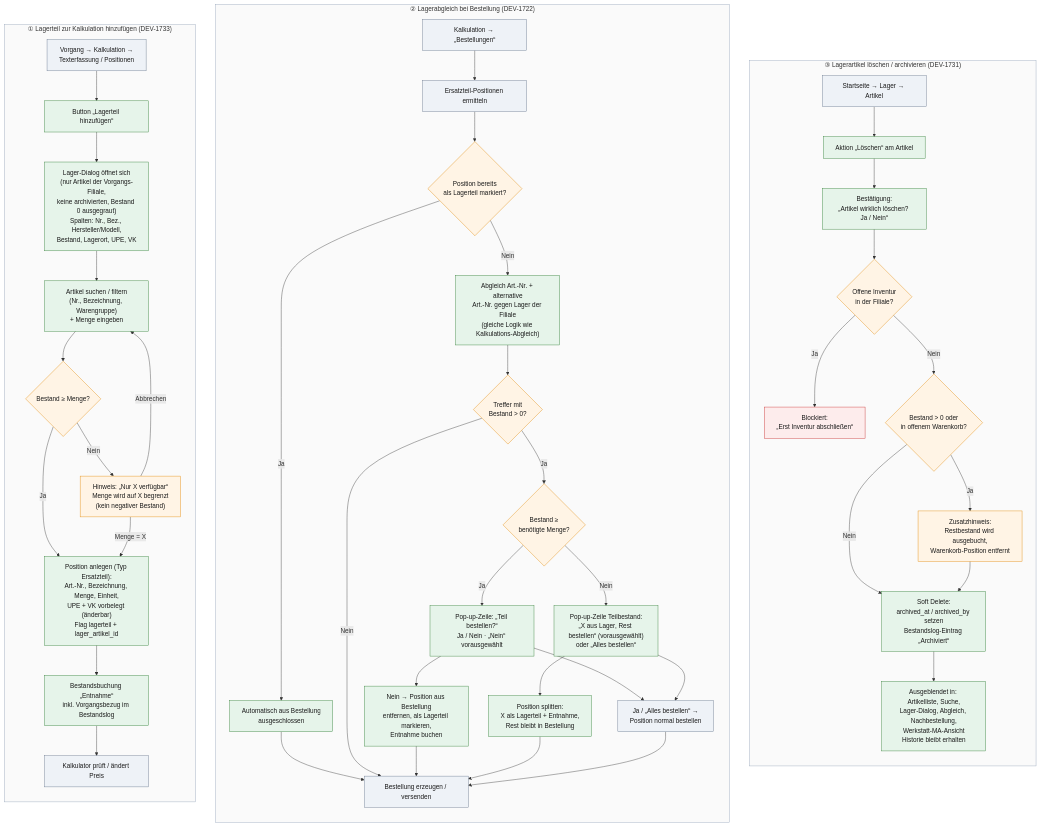
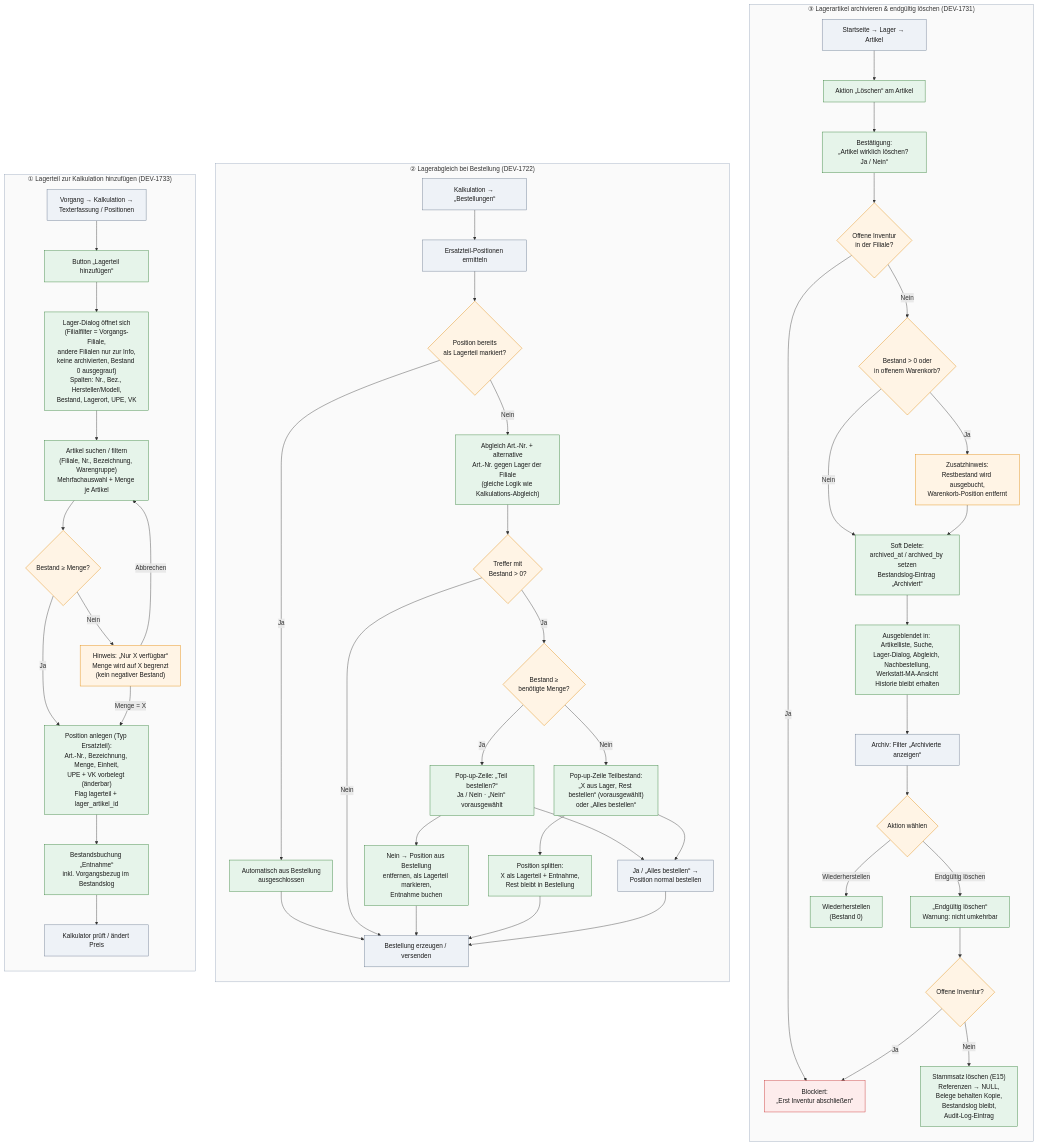
Before and after one commit to tb546/Enhancements-to-the-Lager-Modul-for-comprehensive-use.: the diagram in diagrams/lagermodul_prozessflow.mmd, drawn with Mermaid. The commit also changed 8 other files, not shown here.

```diff
--- a/diagrams/lagermodul_prozessflow.mmd
+++ b/diagrams/lagermodul_prozessflow.mmd
@@ -1,78 +1,88 @@
 flowchart LR
     classDef new fill:#E6F4EA,stroke:#2E7D32,color:#1B1B1B
     classDef decision fill:#FFF4E5,stroke:#E08600,color:#1B1B1B
     classDef existing fill:#EEF2F7,stroke:#64748B,color:#1B1B1B
     classDef stop fill:#FDECEC,stroke:#C62828,color:#1B1B1B
 
     subgraph A["① Lagerteil zur Kalkulation hinzufügen (DEV-1733)"]
         direction TB
         A1["Vorgang → Kalkulation →<br/>Texterfassung / Positionen"]:::existing
         A2["Button „Lagerteil hinzufügen“"]:::new
-        A3["Lager-Dialog öffnet sich<br/>(nur Artikel der Vorgangs-Filiale,<br/>keine archivierten, Bestand 0 ausgegraut)<br/>Spalten: Nr., Bez., Hersteller/Modell,<br/>Bestand, Lagerort, UPE, VK"]:::new
-        A4["Artikel suchen / filtern<br/>(Nr., Bezeichnung, Warengruppe)<br/>+ Menge eingeben"]:::new
+        A3["Lager-Dialog öffnet sich<br/>(Filialfilter = Vorgangs-Filiale,<br/>andere Filialen nur zur Info,<br/>keine archivierten, Bestand 0 ausgegraut)<br/>Spalten: Nr., Bez., Hersteller/Modell,<br/>Bestand, Lagerort, UPE, VK"]:::new
+        A4["Artikel suchen / filtern<br/>(Filiale, Nr., Bezeichnung, Warengruppe)<br/>Mehrfachauswahl + Menge je Artikel"]:::new
         A5{"Bestand ≥ Menge?"}:::decision
         A6["Hinweis: „Nur X verfügbar“<br/>Menge wird auf X begrenzt<br/>(kein negativer Bestand)"]:::decision
         A7["Position anlegen (Typ Ersatzteil):<br/>Art.-Nr., Bezeichnung, Menge, Einheit,<br/>UPE + VK vorbelegt (änderbar)<br/>Flag lagerteil + lager_artikel_id"]:::new
         A8["Bestandsbuchung „Entnahme“<br/>inkl. Vorgangsbezug im Bestandslog"]:::new
         A9["Kalkulator prüft / ändert Preis"]:::existing
         A1 --> A2 --> A3 --> A4 --> A5
         A5 -- Ja --> A7
         A5 -- Nein --> A6
         A6 -- "Menge = X" --> A7
         A6 -- Abbrechen --> A4
         A7 --> A8 --> A9
     end
 
     subgraph B["② Lagerabgleich bei Bestellung (DEV-1722)"]
         direction TB
         B1["Kalkulation → „Bestellungen“"]:::existing
         B2["Ersatzteil-Positionen ermitteln"]:::existing
         B3{"Position bereits<br/>als Lagerteil markiert?"}:::decision
         B4["Automatisch aus Bestellung<br/>ausgeschlossen"]:::new
         B5["Abgleich Art.-Nr. + alternative<br/>Art.-Nr. gegen Lager der Filiale<br/>(gleiche Logik wie Kalkulations-Abgleich)"]:::new
         B6{"Treffer mit<br/>Bestand > 0?"}:::decision
         B6b{"Bestand ≥<br/>benötigte Menge?"}:::decision
         B7["Pop-up-Zeile: „Teil bestellen?“<br/>Ja / Nein · „Nein“ vorausgewählt"]:::new
         B7b["Pop-up-Zeile Teilbestand:<br/>„X aus Lager, Rest bestellen“ (vorausgewählt)<br/>oder „Alles bestellen“"]:::new
         B8["Nein → Position aus Bestellung<br/>entfernen, als Lagerteil markieren,<br/>Entnahme buchen"]:::new
         B11["Position splitten:<br/>X als Lagerteil + Entnahme,<br/>Rest bleibt in Bestellung"]:::new
         B9["Ja / „Alles bestellen“ →<br/>Position normal bestellen"]:::existing
         B10["Bestellung erzeugen / versenden"]:::existing
         B1 --> B2 --> B3
         B3 -- Ja --> B4 --> B10
         B3 -- Nein --> B5 --> B6
         B6 -- Nein --> B10
         B6 -- Ja --> B6b
         B6b -- Ja --> B7
         B6b -- Nein --> B7b
         B7 --> B8 --> B10
         B7 --> B9
         B7b --> B11 --> B10
         B7b --> B9
         B9 --> B10
     end
 
-    subgraph C["③ Lagerartikel löschen / archivieren (DEV-1731)"]
+    subgraph C["③ Lagerartikel archivieren & endgültig löschen (DEV-1731)"]
         direction TB
         C1["Startseite → Lager → Artikel"]:::existing
         C2["Aktion „Löschen“ am Artikel"]:::new
         C3["Bestätigung:<br/>„Artikel wirklich löschen? Ja / Nein“"]:::new
         C4{"Offene Inventur<br/>in der Filiale?"}:::decision
         C5["Blockiert:<br/>„Erst Inventur abschließen“"]:::stop
         C6{"Bestand > 0 oder<br/>in offenem Warenkorb?"}:::decision
         C7["Zusatzhinweis:<br/>Restbestand wird ausgebucht,<br/>Warenkorb-Position entfernt"]:::decision
         C8["Soft Delete:<br/>archived_at / archived_by setzen<br/>Bestandslog-Eintrag „Archiviert“"]:::new
         C9["Ausgeblendet in: Artikelliste, Suche,<br/>Lager-Dialog, Abgleich, Nachbestellung,<br/>Werkstatt-MA-Ansicht<br/>Historie bleibt erhalten"]:::new
+        C10["Archiv: Filter „Archivierte anzeigen“"]:::existing
+        C11{"Aktion wählen"}:::decision
+        C12["Wiederherstellen<br/>(Bestand 0)"]:::new
+        C13["„Endgültig löschen“<br/>Warnung: nicht umkehrbar"]:::new
+        C14{"Offene Inventur?"}:::decision
+        C15["Stammsatz löschen (E15)<br/>Referenzen → NULL,<br/>Belege behalten Kopie,<br/>Bestandslog bleibt,<br/>Audit-Log-Eintrag"]:::new
         C1 --> C2 --> C3 --> C4
         C4 -- Ja --> C5
         C4 -- Nein --> C6
         C6 -- Nein --> C8
         C6 -- Ja --> C7 --> C8
-        C8 --> C9
+        C8 --> C9 --> C10 --> C11
+        C11 -- Wiederherstellen --> C12
+        C11 -- Endgültig löschen --> C13 --> C14
+        C14 -- Ja --> C5
+        C14 -- Nein --> C15
     end
 
     A ~~~ B ~~~ C
 
     style A fill:#FAFAFA,stroke:#94A3B8
     style B fill:#FAFAFA,stroke:#94A3B8
     style C fill:#FAFAFA,stroke:#94A3B8
```
